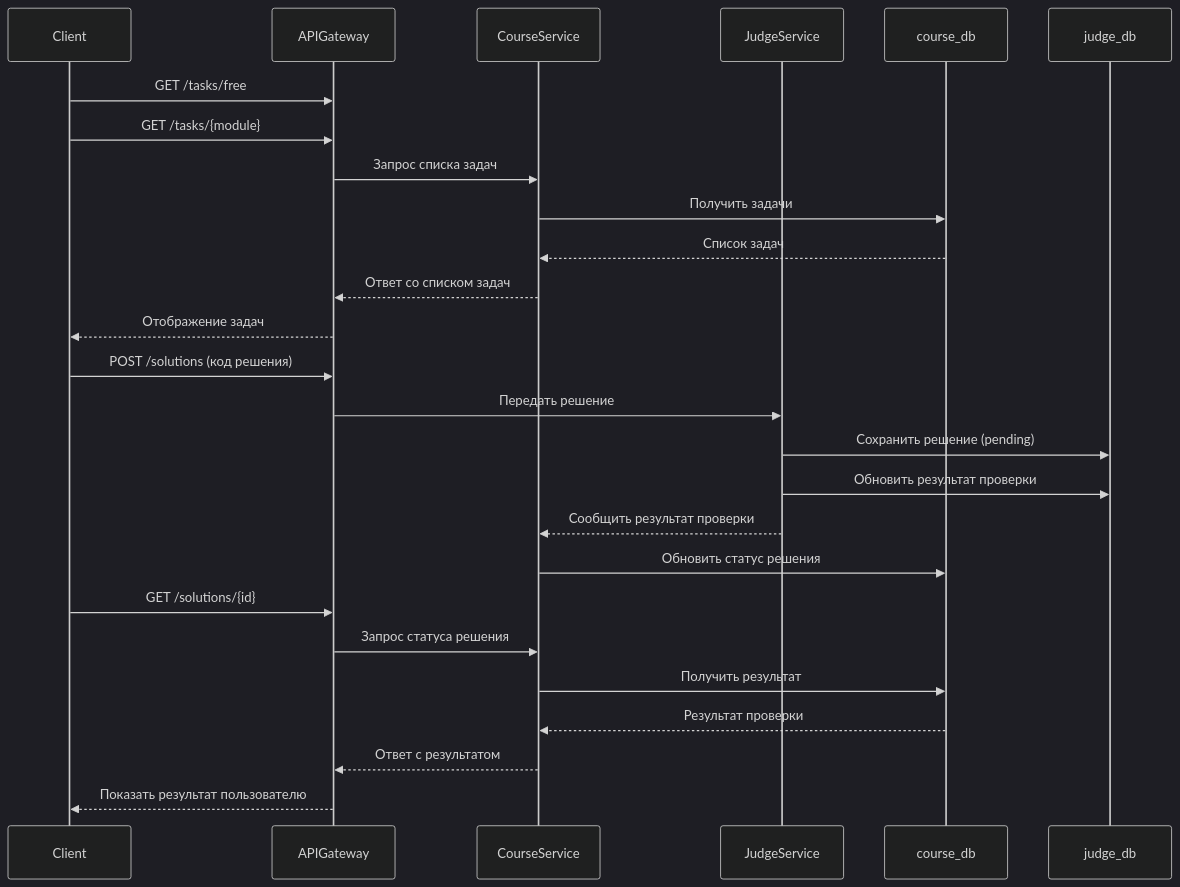
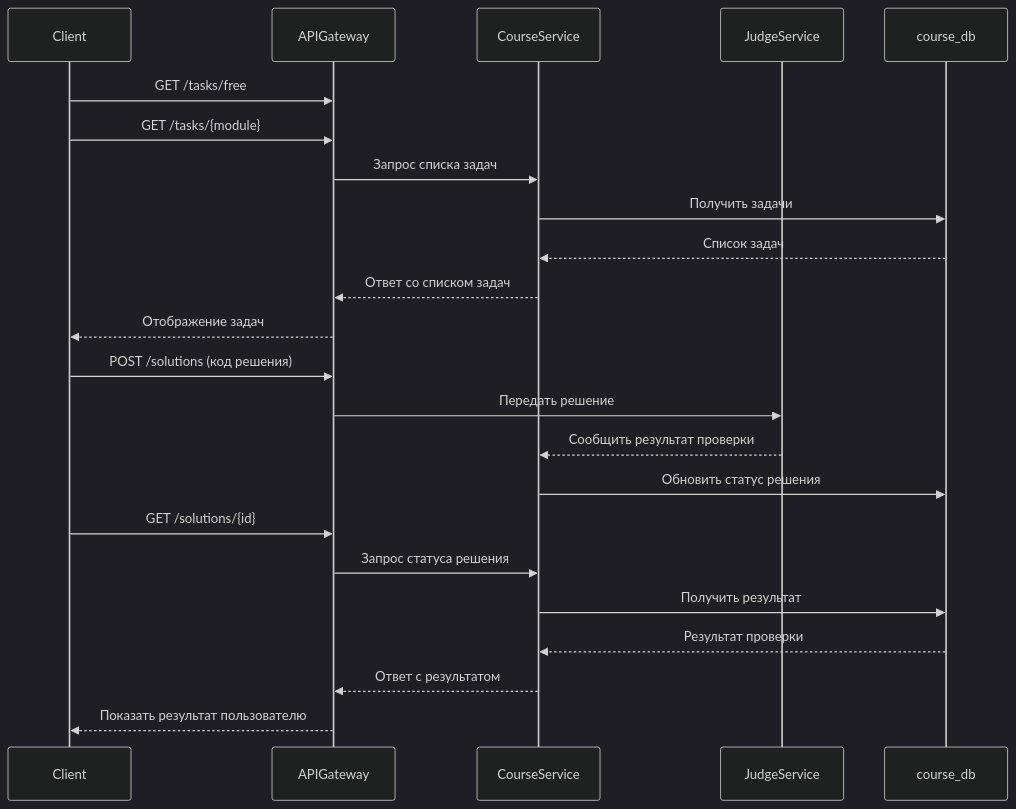
The third of 3 diagrams in docs/tr.md (spbu-ds-practicum-2025/micro-rest), drawn with Mermaid (dark theme) before and after one commit. The commit also changed other lines of this file, not shown here.

````diff
--- a/docs/tr.md
+++ b/docs/tr.md
@@ -154,31 +149,28 @@
 ```mermaid
 sequenceDiagram
 participant Client
 participant APIGateway
 participant CourseService
 participant JudgeService
 participant CourseDB as course_db
-participant JudgeDB as judge_db
 
 Client->>APIGateway: GET /tasks/free
 Client->>APIGateway: GET /tasks/{module}
 APIGateway->>CourseService: Запрос списка задач
 CourseService->>CourseDB: Получить задачи
 CourseDB-->>CourseService: Список задач
 CourseService-->>APIGateway: Ответ со списком задач
 APIGateway-->>Client: Отображение задач
 
 
 Client->>APIGateway: POST /solutions (код решения)
 APIGateway->>JudgeService: Передать решение
-JudgeService->>JudgeDB: Сохранить решение (pending)
-JudgeService->>JudgeDB: Обновить результат проверки
 JudgeService-->>CourseService: Сообщить результат проверки
 CourseService->>CourseDB: Обновить статус решения
 Client->>APIGateway: GET /solutions/{id}
 APIGateway->>CourseService: Запрос статуса решения
 CourseService->>CourseDB: Получить результат
 CourseDB-->>CourseService: Результат проверки
 CourseService-->>APIGateway: Ответ с результатом
 APIGateway-->>Client: Показать результат пользователю
 ```
````
